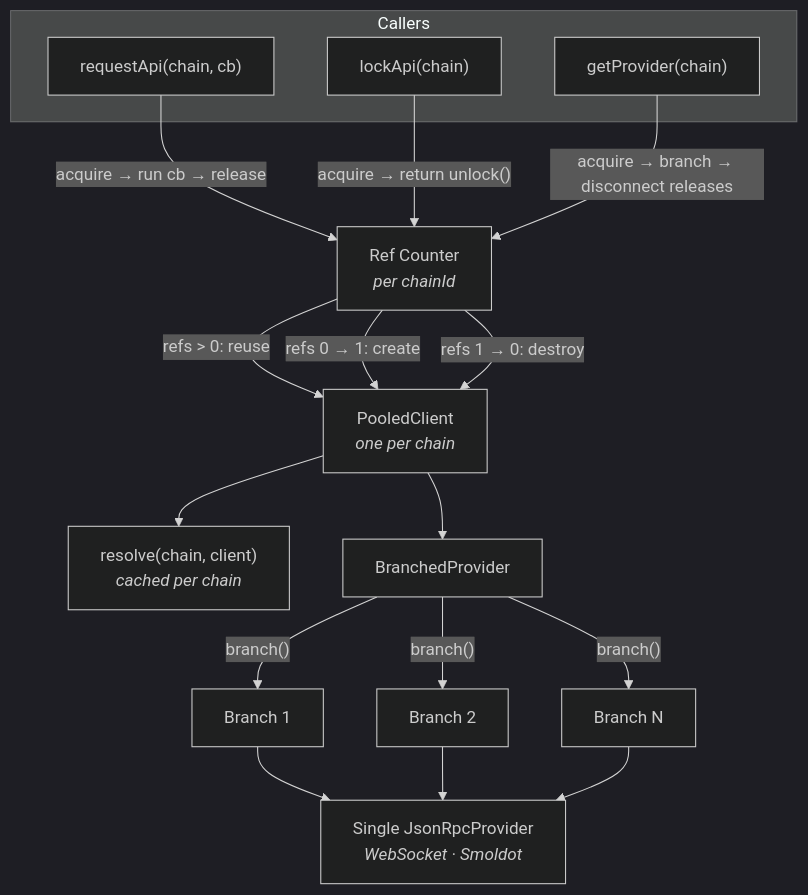
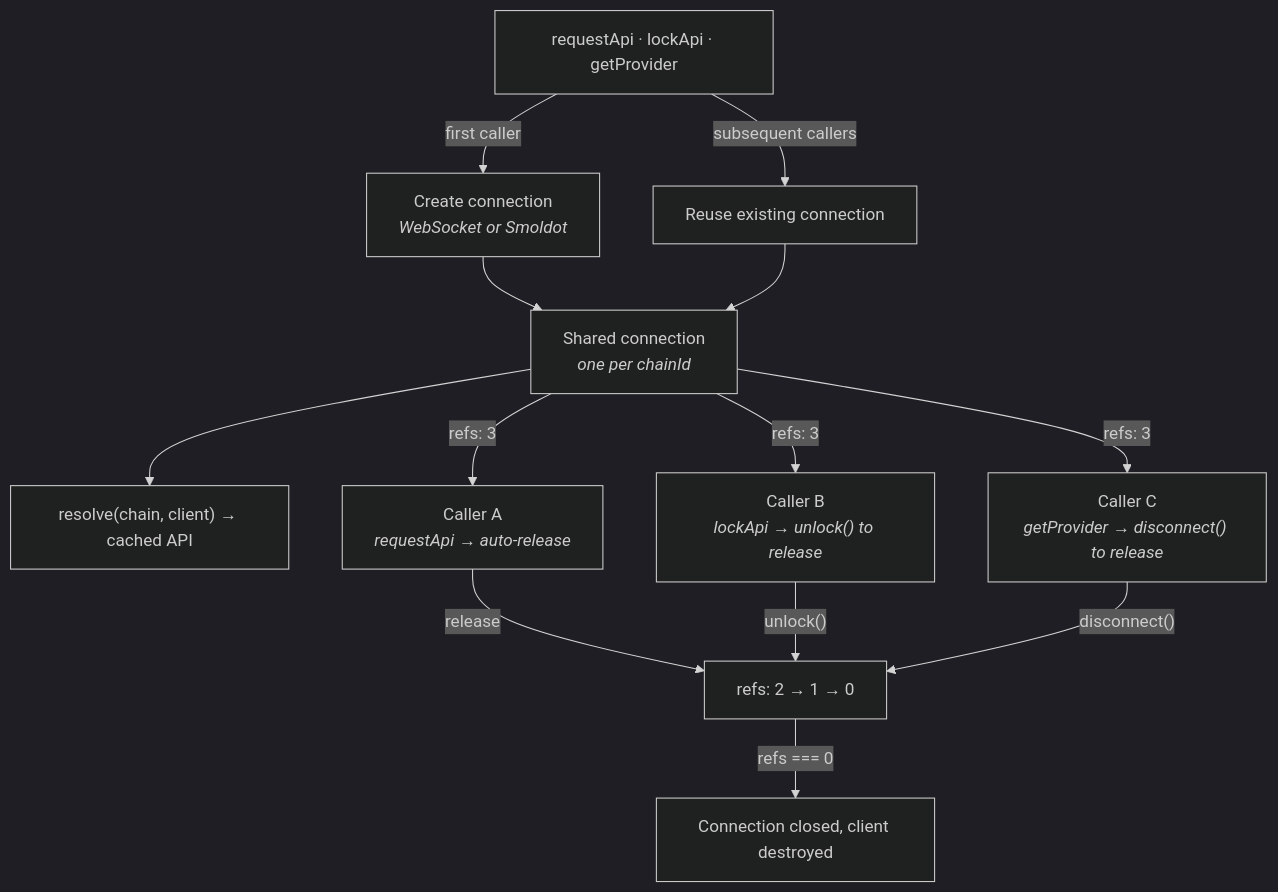
One commit to paritytech/triangle-js-sdks changed the diagram in packages/host-substrate-chain-connection/README.md. Above: the diagram before and after it, drawn with Mermaid (dark theme). The commit also changed other lines of this file, not shown here.

Commit message:
chore: update mermaid diagram

````diff
--- a/packages/host-substrate-chain-connection/README.md
+++ b/packages/host-substrate-chain-connection/README.md
@@ -618,29 +618,20 @@
 ```mermaid
 graph TD
-  subgraph Callers
-    A["requestApi(chain, cb)"]
-    B["lockApi(chain)"]
-    C["getProvider(chain)"]
-  end
+  A["requestApi · lockApi · getProvider"] -- "first caller" --> CREATE["Create connection<br/><i>WebSocket or Smoldot</i>"]
+  A -- "subsequent callers" --> REUSE["Reuse existing connection"]
 
-  A -- "acquire → run cb → release" --> RC
-  B -- "acquire → return unlock()" --> RC
-  C -- "acquire → branch → disconnect releases" --> RC
+  CREATE --> POOL["Shared connection<br/><i>one per chainId</i>"]
+  REUSE --> POOL
 
-  RC["Ref Counter<br/><i>per chainId</i>"]
+  POOL --> RESOLVE["resolve(chain, client) → cached API"]
 
-  RC -- "refs > 0: reuse" --> PC
-  RC -- "refs 0 → 1: create" --> PC
-  RC -- "refs 1 → 0: destroy" --> PC
+  POOL -- "refs: 3" --> R1["Caller A<br/><i>requestApi → auto-release</i>"]
+  POOL -- "refs: 3" --> R2["Caller B<br/><i>lockApi → unlock() to release</i>"]
+  POOL -- "refs: 3" --> R3["Caller C<br/><i>getProvider → disconnect() to release</i>"]
 
-  PC["PooledClient<br/><i>one per chain</i>"]
+  R1 -- "release" --> DEC["refs: 2 → 1 → 0"]
+  R2 -- "unlock()" --> DEC
+  R3 -- "disconnect()" --> DEC
 
-  PC --> RES["resolve(chain, client)<br/><i>cached per chain</i>"]
-  PC --> BP["BranchedProvider"]
-
-  BP -- "branch()" --> BR1["Branch 1"]
-  BP -- "branch()" --> BR2["Branch 2"]
-  BP -- "branch()" --> BR3["Branch N"]
-
-  BR1 & BR2 & BR3 --> CONN["Single JsonRpcProvider<br/><i>WebSocket · Smoldot</i>"]
+  DEC -- "refs === 0" --> DESTROY["Connection closed, client destroyed"]
 ```
````
